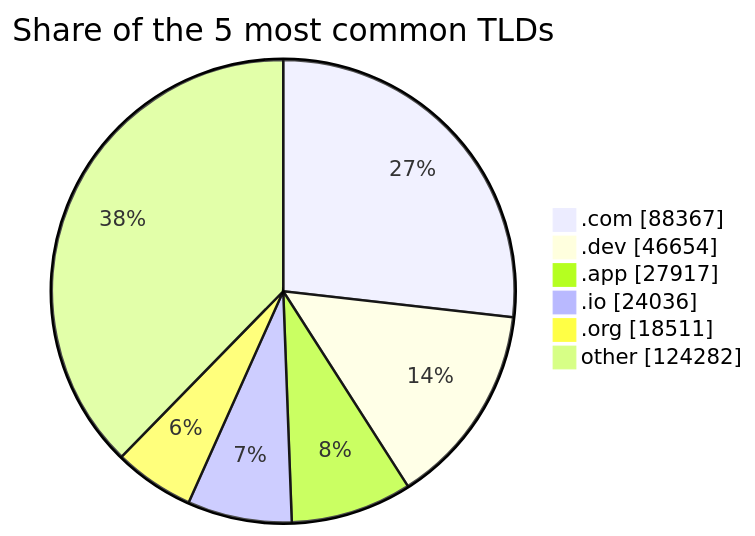
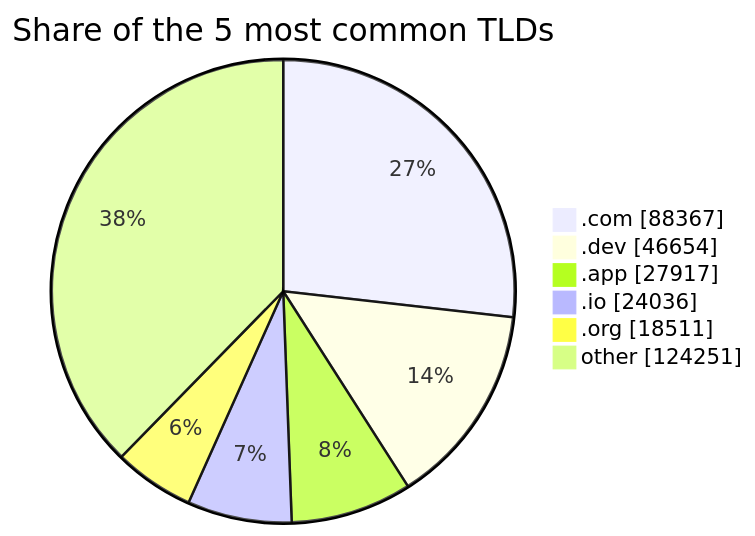
Before and after one commit to DNSBunker/CTI: the third of 3 diagrams in README.md, drawn with Mermaid. The commit also changed other lines of this file and 3 other files, not shown here.

````diff
--- a/README.md
+++ b/README.md
@@ -81,9 +81,9 @@
 ```mermaid
 pie showData title Share of the 5 most common TLDs
     ".com" : 88367
     ".dev" : 46654
     ".app" : 27917
     ".io" : 24036
     ".org" : 18511
-    "other" : 124282
+    "other" : 124251
 ```
````
